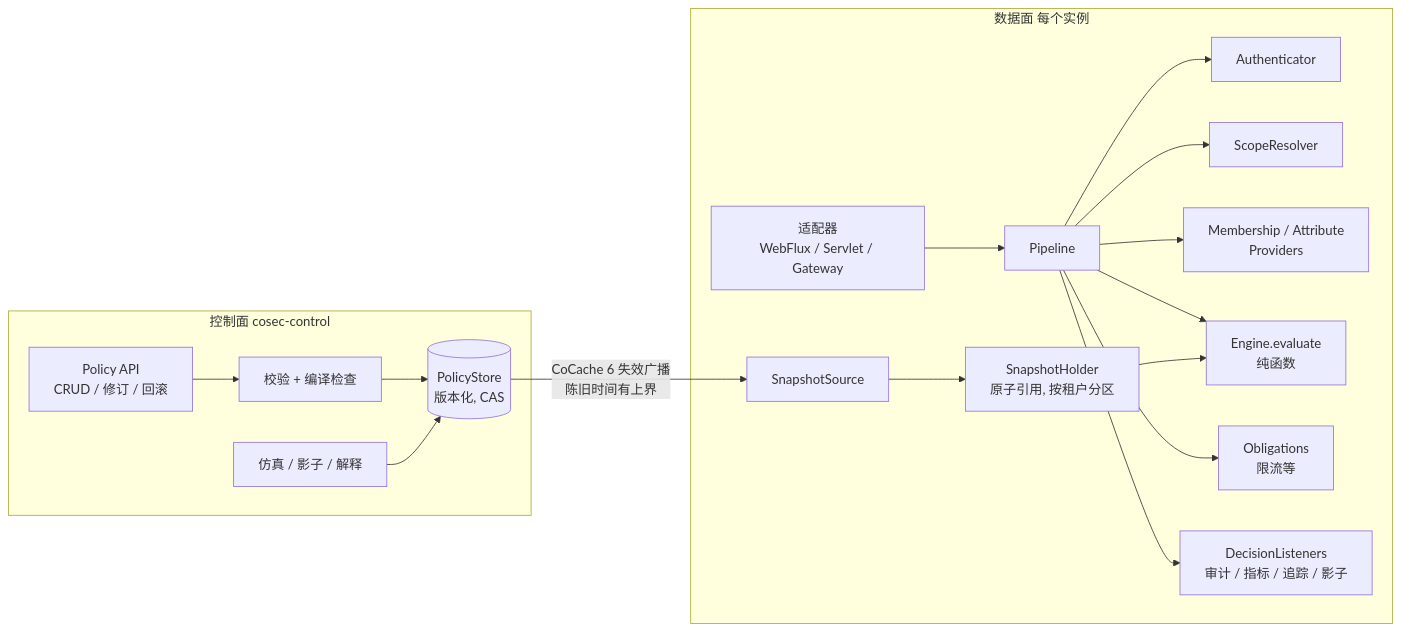
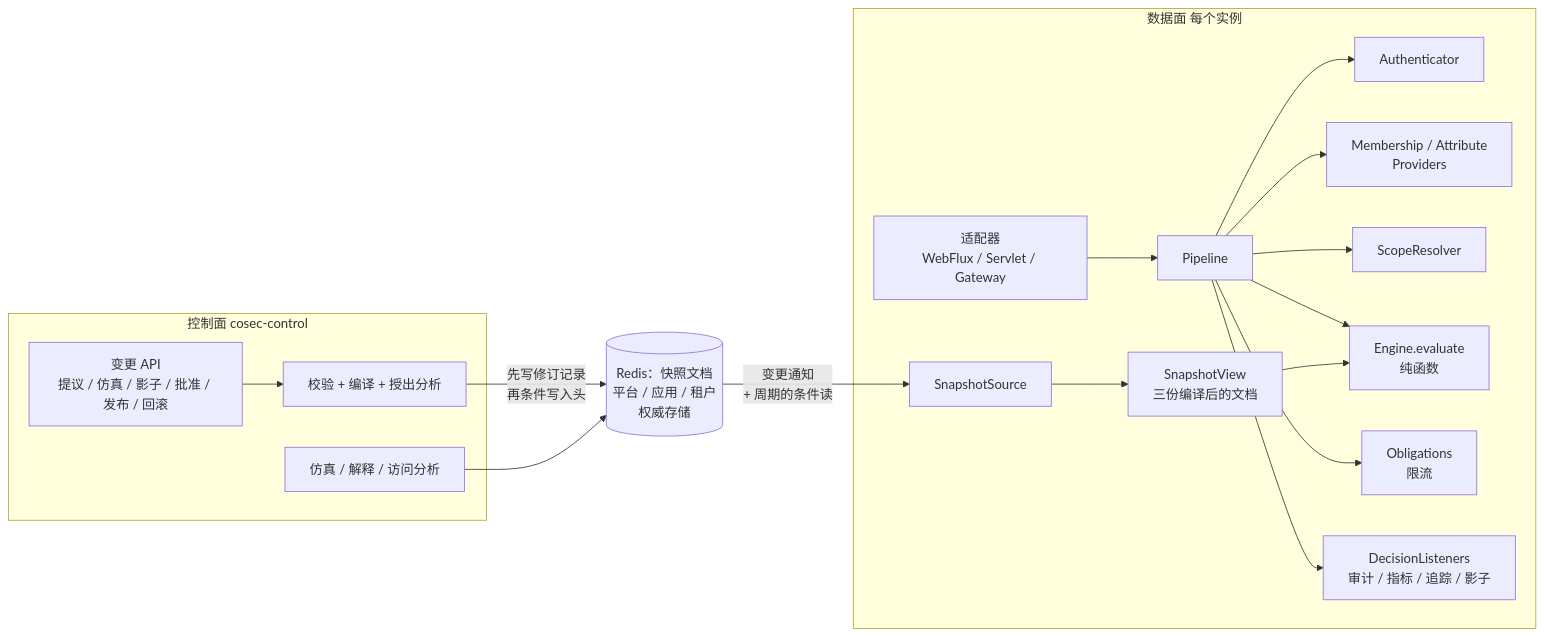
One commit to Ahoo-Wang/CoSec changed the first of 2 diagrams in docs/rfc/0001-target-architecture.md. Above: the diagram before and after it, drawn with Mermaid. The commit also changed other lines of this file, not shown here.

````diff
--- a/docs/rfc/0001-target-architecture.md
+++ b/docs/rfc/0001-target-architecture.md
@@ -94,25 +107,25 @@
 ```mermaid
 flowchart LR
     subgraph CP[控制面 cosec-control]
-        API[Policy API<br>CRUD / 修订 / 回滚]
-        VAL[校验 + 编译检查]
-        SIM[仿真 / 影子 / 解释]
-        STORE[(PolicyStore<br>版本化, CAS)]
-        API --> VAL --> STORE
-        SIM --> STORE
+        API[变更 API<br>提议 / 仿真 / 影子 / 批准 / 发布 / 回滚]
+        VAL[校验 + 编译 + 授出分析]
+        SIM[仿真 / 解释 / 访问分析]
+        API --> VAL
     end
 
-    STORE -- CoCache 6 失效广播<br>陈旧时间有上界 --> DIST[SnapshotSource]
+    VAL -- 先写修订记录<br>再条件写入头 --> STORE[(Redis：快照文档<br>平台 / 应用 / 租户<br>权威存储)]
+    SIM --> STORE
+    STORE -- 变更通知<br>+ 周期的条件读 --> DIST[SnapshotSource]
 
     subgraph DP[数据面 每个实例]
-        DIST --> HOLDER[SnapshotHolder<br>原子引用, 按租户分区]
+        DIST --> VIEW[SnapshotView<br>三份编译后的文档]
         ADP[适配器<br>WebFlux / Servlet / Gateway] --> PIPE[Pipeline]
         PIPE --> AUTHN[Authenticator]
+        PIPE --> PIP[Membership / Attribute<br>Providers]
         PIPE --> SCOPE[ScopeResolver]
-        PIPE --> PIP[Membership / Attribute<br>Providers]
         PIPE --> ENG[Engine.evaluate<br>纯函数]
-        HOLDER --> ENG
-        PIPE --> OBL[Obligations<br>限流等]
+        VIEW --> ENG
+        PIPE --> OBL[Obligations<br>限流]
         PIPE --> LIS[DecisionListeners<br>审计 / 指标 / 追踪 / 影子]
     end
 ```
````
